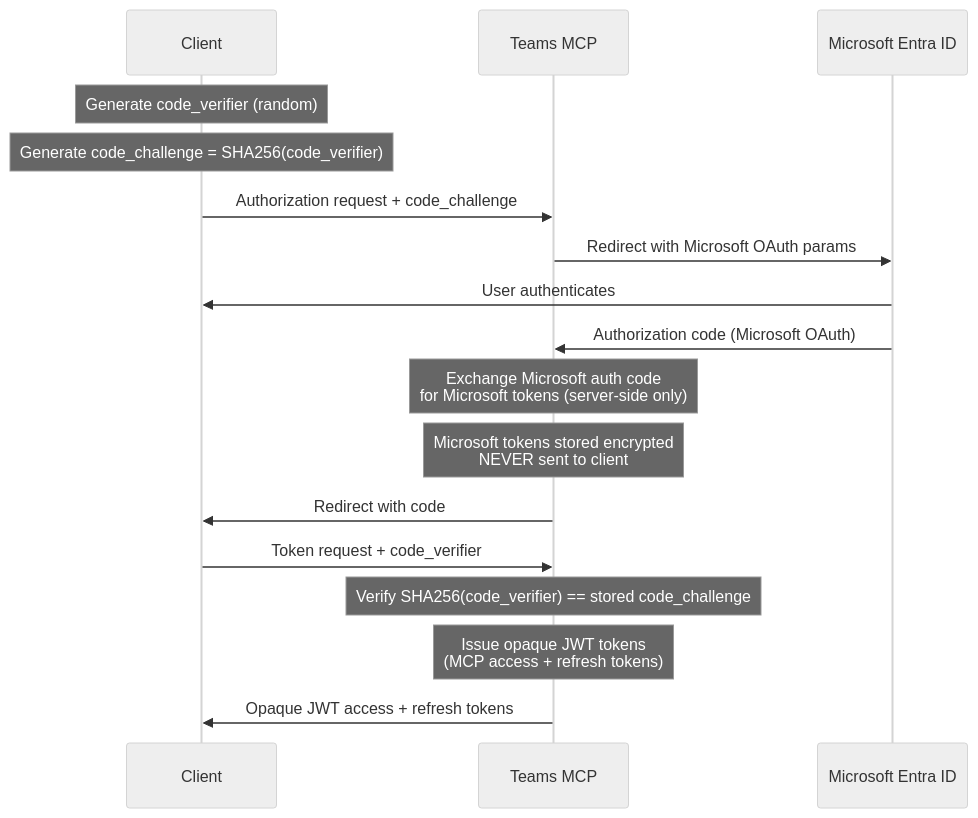
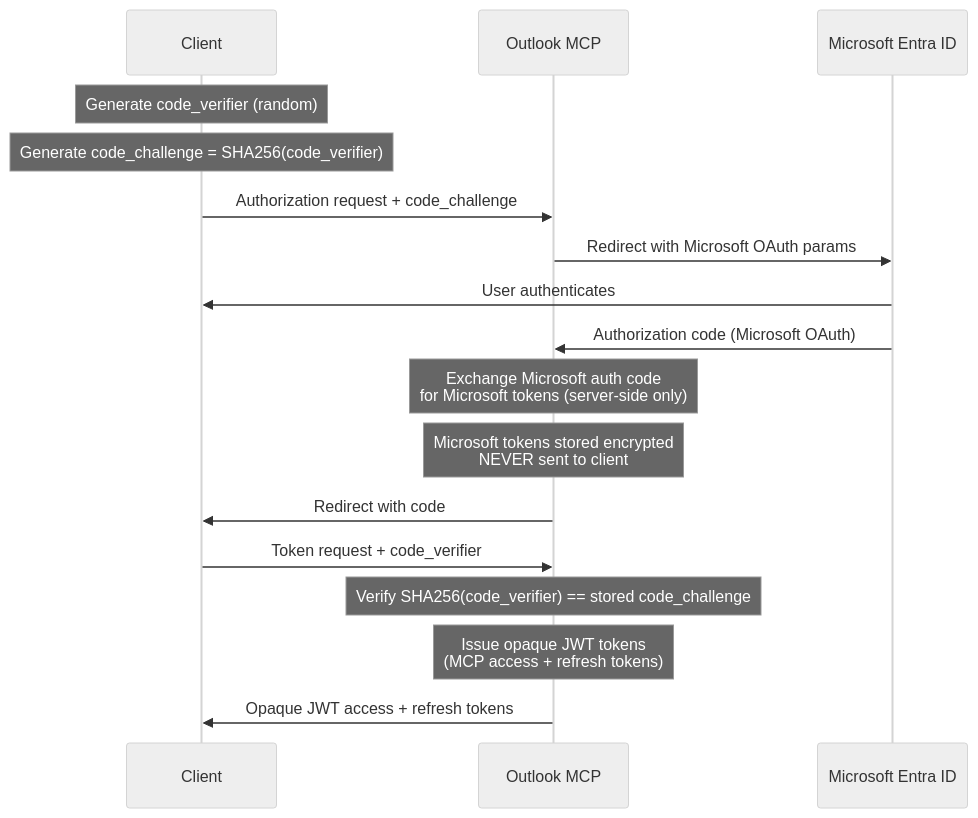
Before and after one commit to Unique-AG/connectors: the second of 4 diagrams in services/outlook-fat-mcp/docs/technical/security.md, drawn with Mermaid (neutral theme). The commit also changed other lines of this file and 34 other files, not shown here.

````diff
--- a/services/outlook-fat-mcp/docs/technical/security.md
+++ b/services/outlook-fat-mcp/docs/technical/security.md
@@ -90,22 +90,22 @@
 ```mermaid
 sequenceDiagram
     participant Client
-    participant Server as Teams MCP
+    participant Server as Outlook MCP
     participant Entra as Microsoft Entra ID
 
     Note over Client: Generate code_verifier (random)
     Note over Client: Generate code_challenge = SHA256(code_verifier)
 
     Client->>Server: Authorization request + code_challenge
     Server->>Entra: Redirect with Microsoft OAuth params
     Entra->>Client: User authenticates
     Entra->>Server: Authorization code (Microsoft OAuth)
     Note over Server: Exchange Microsoft auth code<br/>for Microsoft tokens (server-side only)
     Note over Server: Microsoft tokens stored encrypted<br/>NEVER sent to client
     Server->>Client: Redirect with code
 
     Client->>Server: Token request + code_verifier
     Note over Server: Verify SHA256(code_verifier) == stored code_challenge
     Note over Server: Issue opaque JWT tokens<br/>(MCP access + refresh tokens)
     Server->>Client: Opaque JWT access + refresh tokens
 ```
````
